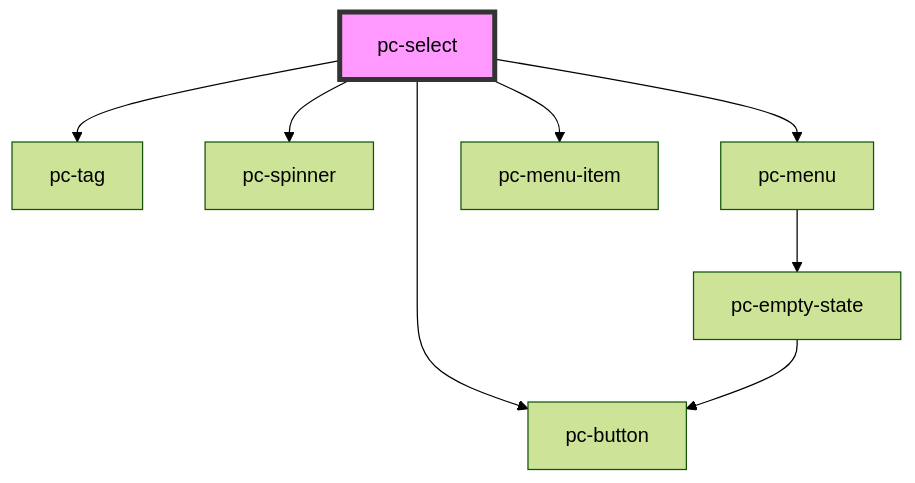
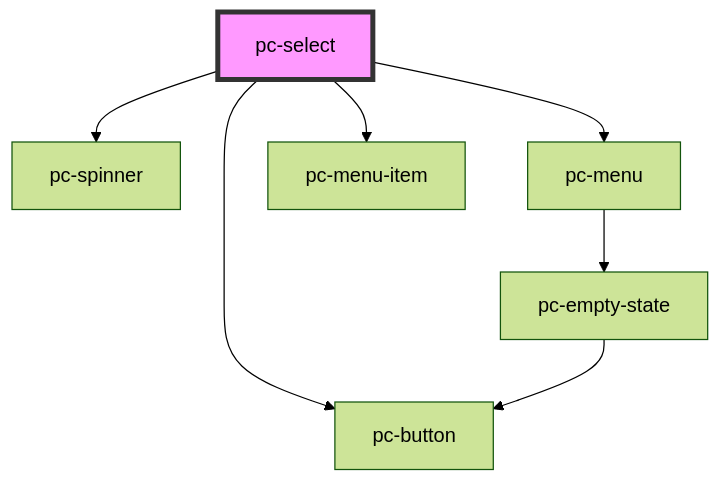
The diagram in src/components/input-controls/select/readme.md (redvars/peacock), drawn with Mermaid (forest theme) before and after one commit. The commit also changed other lines of this file and 112 other files, not shown here.

````diff
--- a/src/components/input-controls/select/readme.md
+++ b/src/components/input-controls/select/readme.md
@@ -105,11 +104,10 @@
 ```mermaid
 graph TD;
-  pc-select --> pc-tag
   pc-select --> pc-button
   pc-select --> pc-spinner
   pc-select --> pc-menu
   pc-select --> pc-menu-item
   pc-menu --> pc-empty-state
   pc-empty-state --> pc-button
   style pc-select fill:#f9f,stroke:#333,stroke-width:4px
 ```
````
